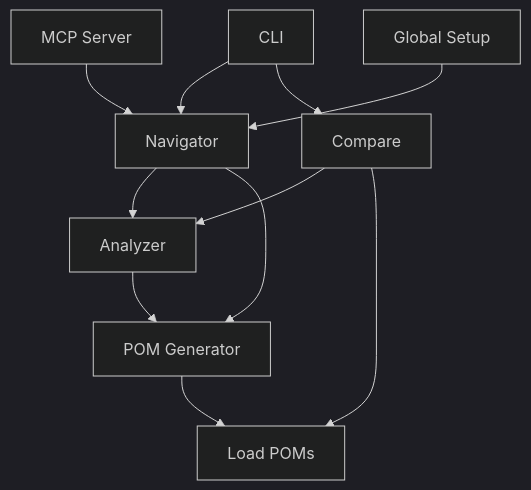
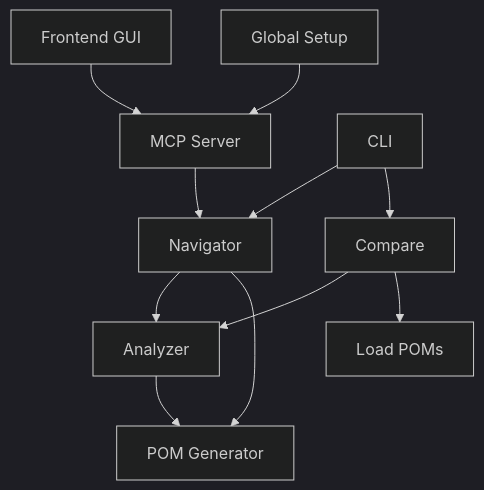
One commit to juantor16/mcp-pw-pom-generator changed the diagram in docs/architecture.md. Above: the diagram before and after it, drawn with Mermaid (dark theme). The commit also changed other lines of this file and 13 other files, not shown here.

````diff
--- a/docs/architecture.md
+++ b/docs/architecture.md
@@ -53,13 +56,13 @@
 ```mermaid
 graph TD
+    I[Frontend GUI] --> G[MCP Server]
     A[CLI] --> B[Navigator]
     A --> C[Compare]
     B --> D[Analyzer]
     B --> E[POM Generator]
     C --> D
     C --> F[Load POMs]
-    G[MCP Server] --> B
-    H[Global Setup] --> B
+    G --> B
+    H[Global Setup] --> G
     D --> E
-    E --> F
 ```
````
